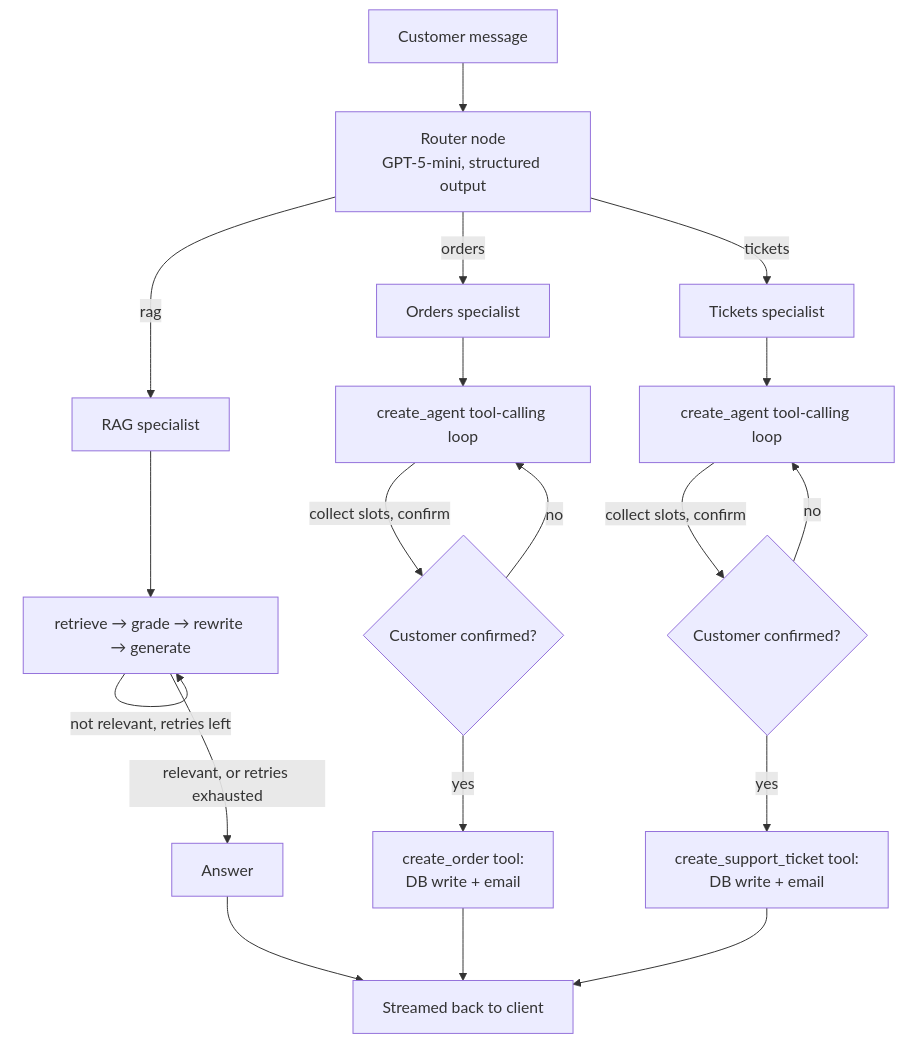
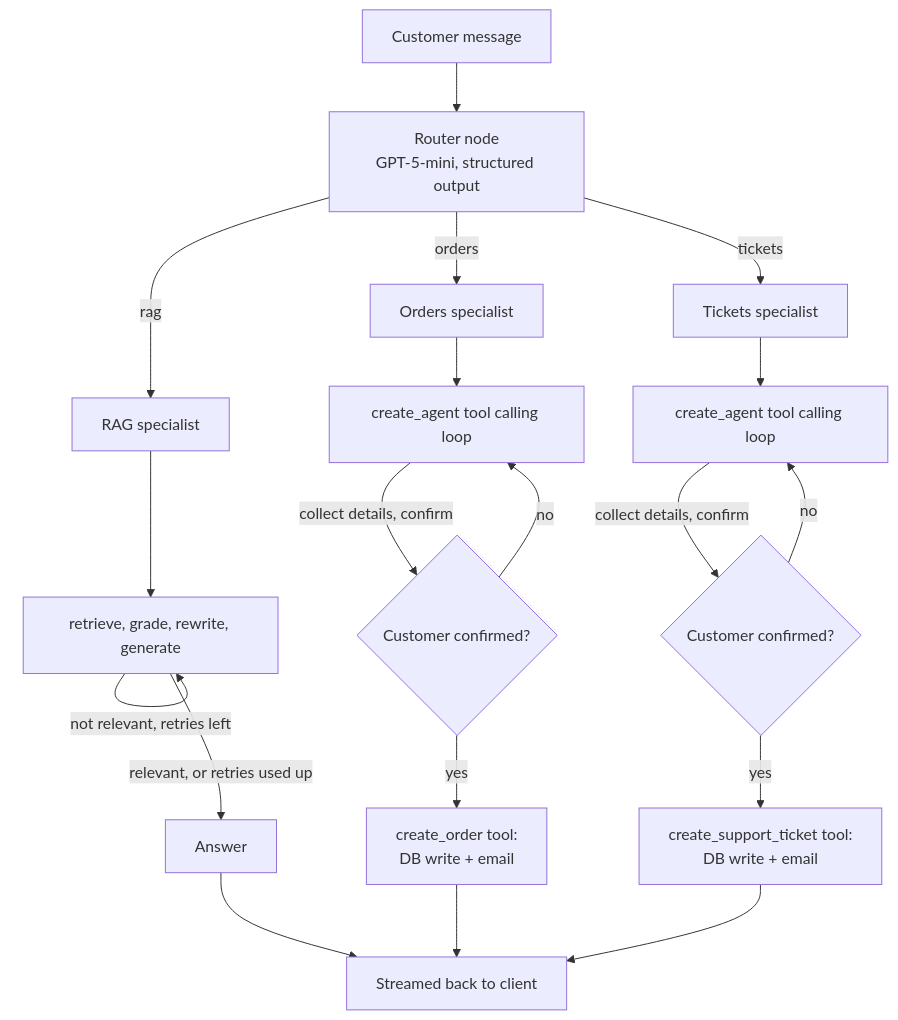
The diagram in docs/architecture.md (hasnatahmadai164/apex-gadgets-customer-support-agent), drawn with Mermaid before and after one commit. The commit also changed other lines of this file, not shown here.

Commit message:
Refactor architecture.md for improved clarity

````diff
--- a/docs/architecture.md
+++ b/docs/architecture.md
@@ -11,25 +7,25 @@
 ```mermaid
 flowchart TD
     U[Customer message] --> R[Router node<br/>GPT-5-mini, structured output]
     R -->|rag| RAG[RAG specialist]
     R -->|orders| ORD[Orders specialist]
     R -->|tickets| TIX[Tickets specialist]
-
-    RAG --> RAGLOOP[retrieve → grade → rewrite → generate]
+ 
+    RAG --> RAGLOOP[retrieve, grade, rewrite, generate]
     RAGLOOP -->|not relevant, retries left| RAGLOOP
-    RAGLOOP -->|relevant, or retries exhausted| ANS1[Answer]
-
-    ORD --> ORDAGENT[create_agent tool-calling loop]
-    ORDAGENT -->|collect slots, confirm| ORDCONF{Customer confirmed?}
+    RAGLOOP -->|relevant, or retries used up| ANS1[Answer]
+ 
+    ORD --> ORDAGENT[create_agent tool calling loop]
+    ORDAGENT -->|collect details, confirm| ORDCONF{Customer confirmed?}
     ORDCONF -->|no| ORDAGENT
     ORDCONF -->|yes| ORDTOOL[create_order tool:<br/>DB write + email]
-
-    TIX --> TIXAGENT[create_agent tool-calling loop]
-    TIXAGENT -->|collect slots, confirm| TIXCONF{Customer confirmed?}
+ 
+    TIX --> TIXAGENT[create_agent tool calling loop]
+    TIXAGENT -->|collect details, confirm| TIXCONF{Customer confirmed?}
     TIXCONF -->|no| TIXAGENT
     TIXCONF -->|yes| TIXTOOL[create_support_ticket tool:<br/>DB write + email]
-
+ 
     ANS1 --> OUT[Streamed back to client]
     ORDTOOL --> OUT
     TIXTOOL --> OUT
 ```
````
